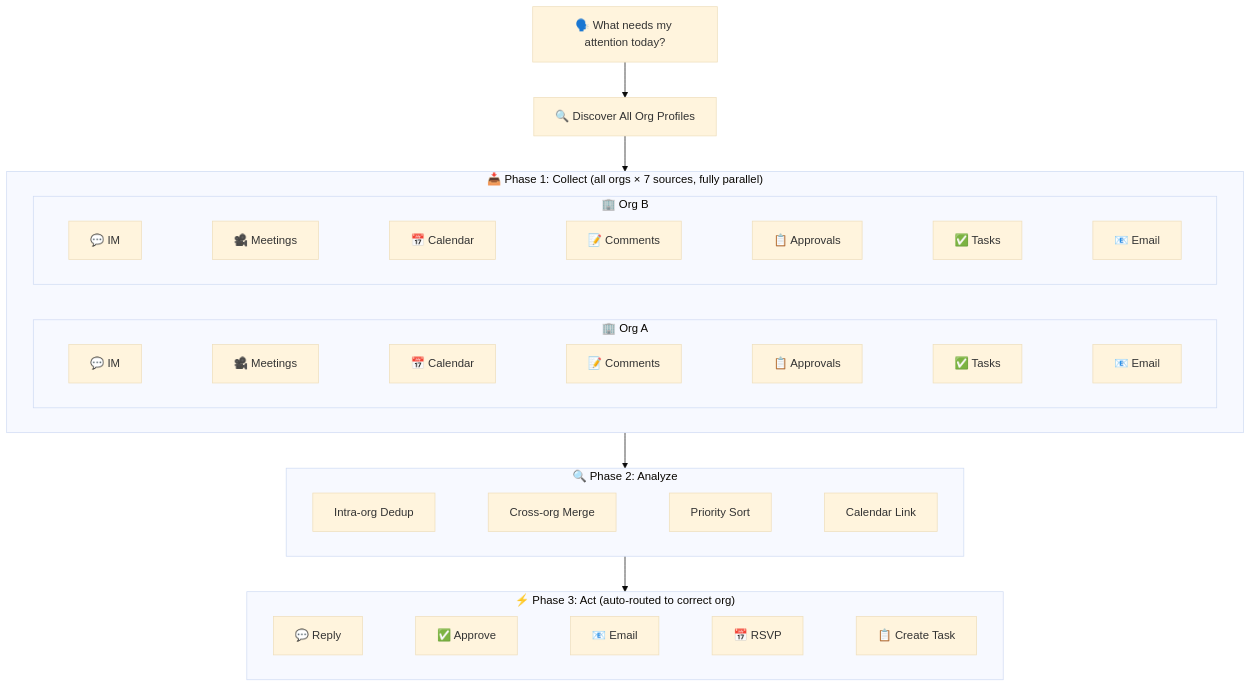
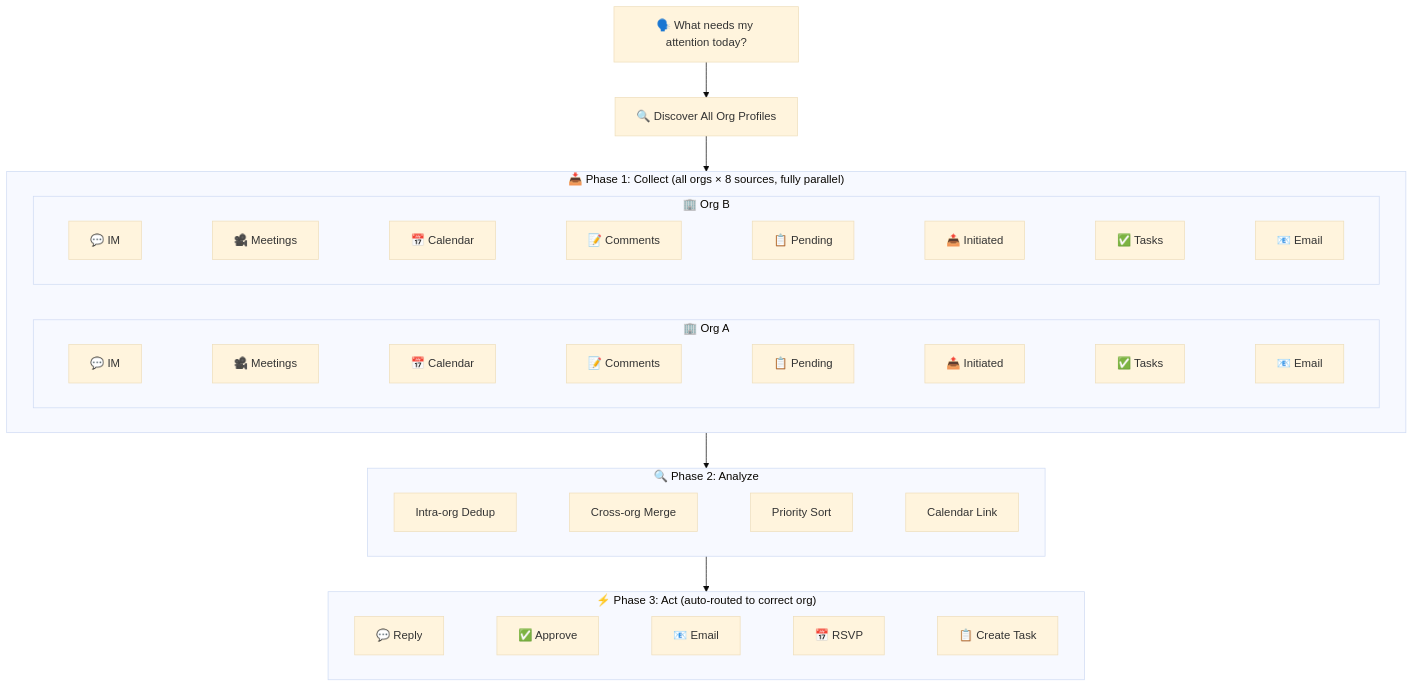
Before and after one commit to autumnseasonism/lark-todo-skill: the diagram in README_EN.md, drawn with Mermaid (base theme). The commit also changed other lines of this file and 12 other files, not shown here.

````diff
--- a/README_EN.md
+++ b/README_EN.md
@@ -82,32 +82,32 @@
 ```mermaid
 flowchart TB
     User["🗣️ What needs my attention today?"] --> Discover
 
     Discover["🔍 Discover All Org Profiles"] --> Collect
 
-    subgraph Collect["📥 Phase 1: Collect (all orgs × 7 sources, fully parallel)"]
+    subgraph Collect["📥 Phase 1: Collect (all orgs × 8 sources, fully parallel)"]
         direction LR
         subgraph OrgA["🏢 Org A"]
             direction LR
-            C1["💬 IM"] ~~~ C2["🎥 Meetings"] ~~~ C3["📅 Calendar"] ~~~ C4["📝 Comments"] ~~~ C5["📋 Approvals"] ~~~ C6["✅ Tasks"] ~~~ C7["📧 Email"]
+            C1["💬 IM"] ~~~ C2["🎥 Meetings"] ~~~ C3["📅 Calendar"] ~~~ C4["📝 Comments"] ~~~ C5["📋 Pending"] ~~~ C8["📤 Initiated"] ~~~ C6["✅ Tasks"] ~~~ C7["📧 Email"]
         end
         subgraph OrgB["🏢 Org B"]
             direction LR
-            D1["💬 IM"] ~~~ D2["🎥 Meetings"] ~~~ D3["📅 Calendar"] ~~~ D4["📝 Comments"] ~~~ D5["📋 Approvals"] ~~~ D6["✅ Tasks"] ~~~ D7["📧 Email"]
+            D1["💬 IM"] ~~~ D2["🎥 Meetings"] ~~~ D3["📅 Calendar"] ~~~ D4["📝 Comments"] ~~~ D5["📋 Pending"] ~~~ D8["📤 Initiated"] ~~~ D6["✅ Tasks"] ~~~ D7["📧 Email"]
         end
     end
 
     Collect --> Analyze
 
     subgraph Analyze["🔍 Phase 2: Analyze"]
         direction LR
         A1["Intra-org Dedup"] ~~~ A2["Cross-org Merge"] ~~~ A3["Priority Sort"] ~~~ A4["Calendar Link"]
     end
 
     Analyze --> Action
 
     subgraph Action["⚡ Phase 3: Act (auto-routed to correct org)"]
         direction LR
         O1["💬 Reply"] ~~~ O2["✅ Approve"] ~~~ O3["📧 Email"] ~~~ O4["📅 RSVP"] ~~~ O5["📋 Create Task"]
     end
 ```
````
